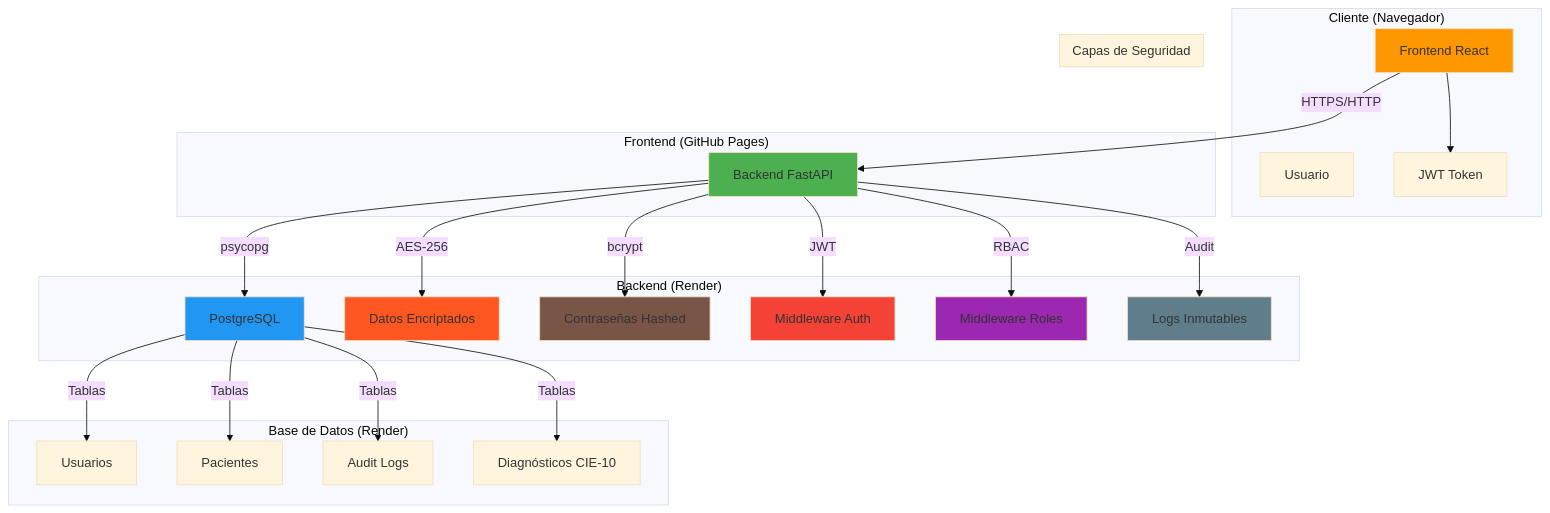
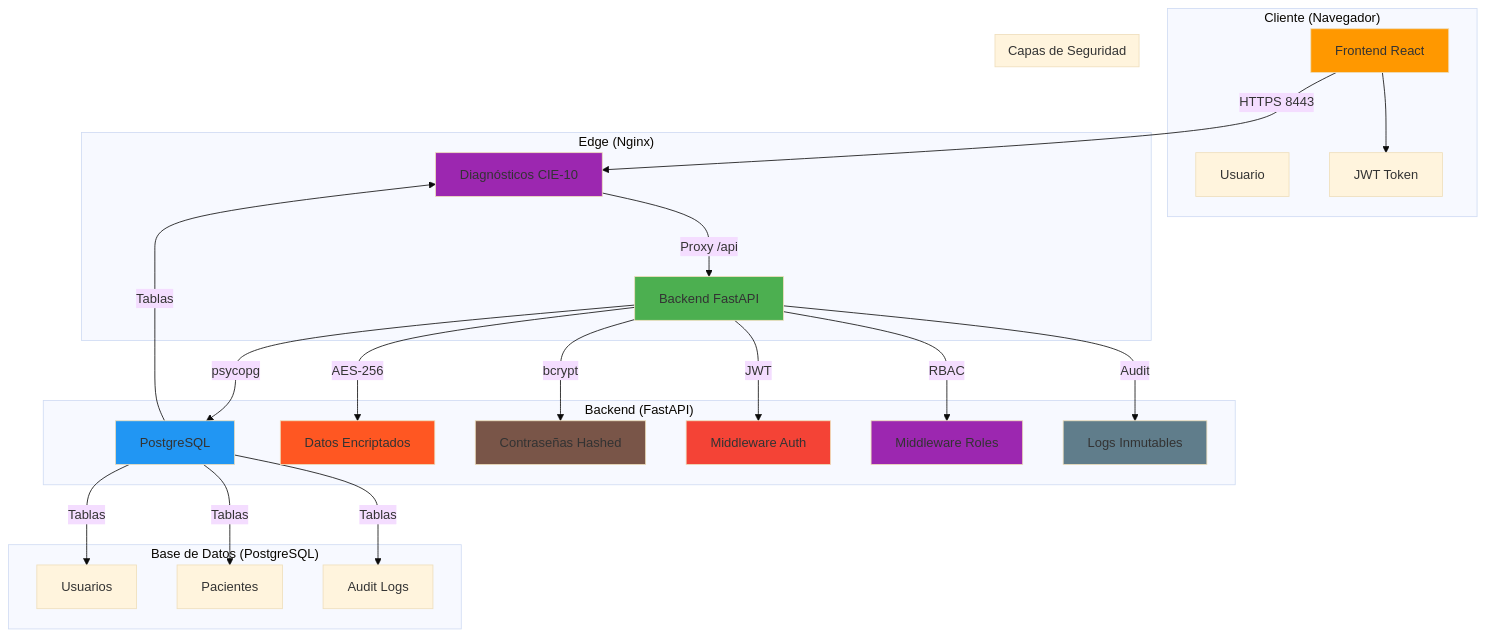
One commit to maffzz/cripto-med changed the second of 3 diagrams in README.md. Above: the diagram before and after it, drawn with Mermaid (base theme). The commit also changed other lines of this file and 40 other files, not shown here.

````diff
--- a/README.md
+++ b/README.md
@@ -97,48 +97,50 @@
 ```mermaid
 graph TB
     subgraph "Cliente (Navegador)"
         A[Usuario]
         B[Frontend React]
         B --> C[JWT Token]
     end
     
-    subgraph "Frontend (GitHub Pages)"
-        B
-        B -->|HTTPS/HTTP| D[Backend FastAPI]
+    subgraph "Edge (Nginx)"
+        N[Nginx TLS]
+        B -->|HTTPS 8443| N
+        N -->|Proxy /api| D
     end
     
-    subgraph "Backend (Render)"
-        D
+    subgraph "Backend (FastAPI)"
+        D[Backend FastAPI]
         D -->|psycopg| E[PostgreSQL]
         D -->|AES-256| F[Datos Encriptados]
         D -->|bcrypt| G[Contraseñas Hashed]
         D -->|JWT| H[Middleware Auth]
         D -->|RBAC| I[Middleware Roles]
         D -->|Audit| J[Logs Inmutables]
     end
     
-    subgraph "Base de Datos (Render)"
+    subgraph "Base de Datos (PostgreSQL)"
         E
         E -->|Tablas| K[Usuarios]
         E -->|Tablas| L[Pacientes]
         E -->|Tablas| M[Audit Logs]
         E -->|Tablas| N[Diagnósticos CIE-10]
     end
     
     subgraph "Capas de Seguridad"
         H
         I
         J
         F
         G
     end
     
     style D fill:#4CAF50
     style E fill:#2196F3
     style B fill:#FF9800
+    style N fill:#9C27B0
     style H fill:#f44336
     style I fill:#9C27B0
     style J fill:#607D8B
     style F fill:#FF5722
     style G fill:#795548
 ```
````
